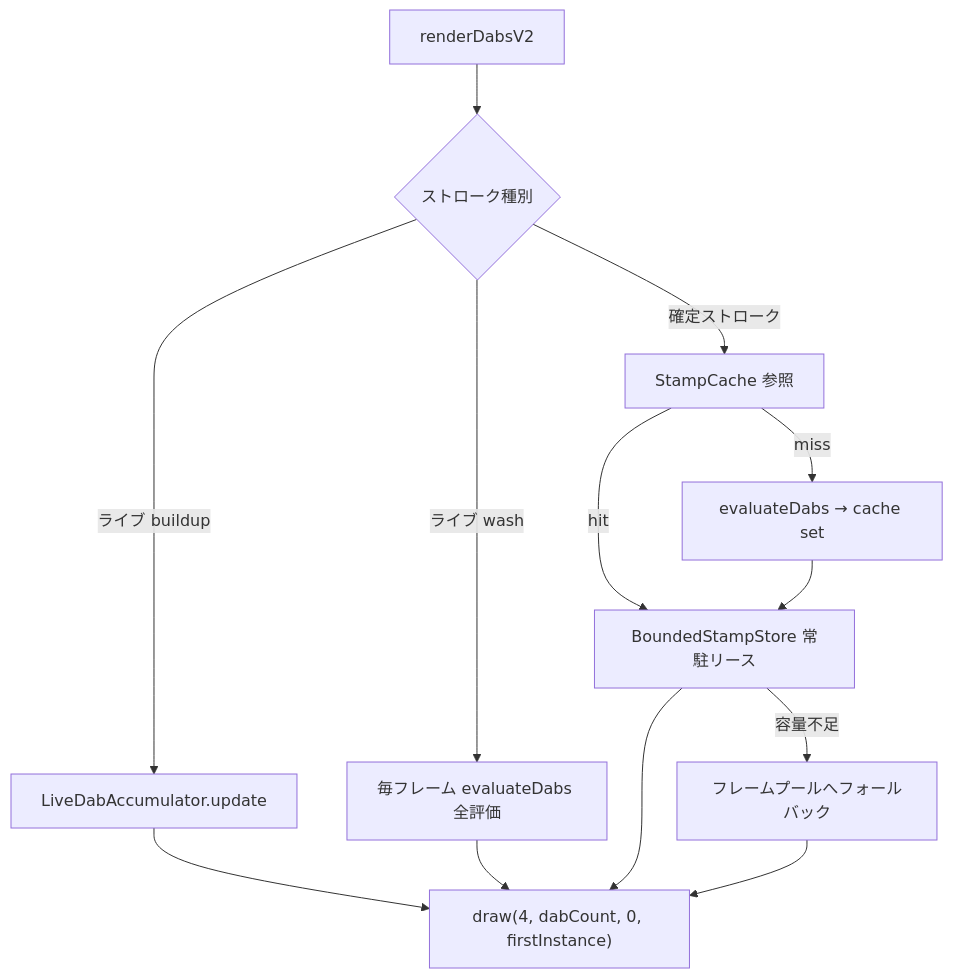
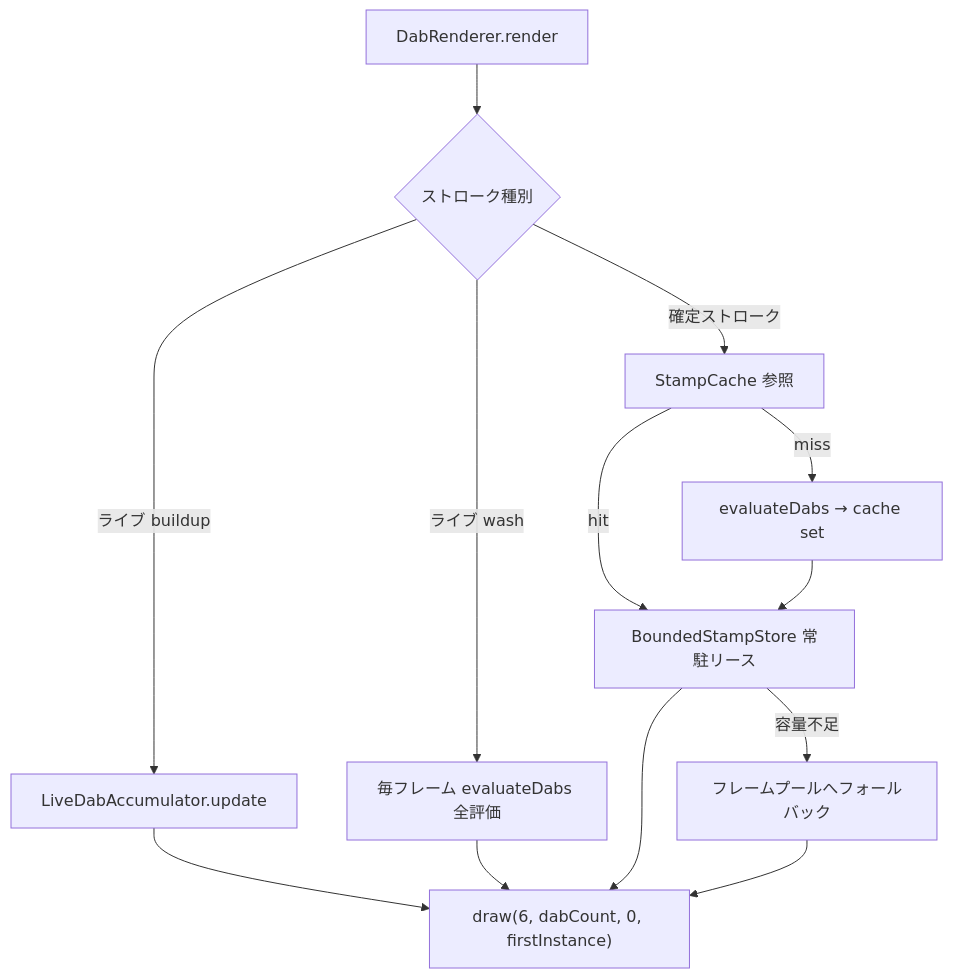
One commit to hanakla/paplico changed the second of 3 diagrams in pkgs/web/src/app/devdocs/renderer/brush/page.mdx. Above: the diagram before and after it, drawn with Mermaid. The commit also changed other lines of this file and 57 other files, not shown here.

````diff
--- a/pkgs/web/src/app/devdocs/renderer/brush/page.mdx
+++ b/pkgs/web/src/app/devdocs/renderer/brush/page.mdx
@@ -121,15 +147,15 @@
 ```mermaid
 flowchart TD
-    A[renderDabsV2] --> B{ストローク種別}
+    A[DabRenderer.render] --> B{ストローク種別}
     B -->|ライブ buildup| C[LiveDabAccumulator.update]
     B -->|ライブ wash| D[毎フレーム evaluateDabs 全評価]
     B -->|確定ストローク| E[StampCache 参照]
     E -->|hit| F[BoundedStampStore 常駐リース]
     E -->|miss| G[evaluateDabs → cache set]
     G --> F
     F -->|容量不足| H[フレームプールへフォールバック]
-    C --> I["draw(4, dabCount, 0, firstInstance)"]
+    C --> I["draw(6, dabCount, 0, firstInstance)"]
     D --> I
     F --> I
     H --> I
 ```
````
